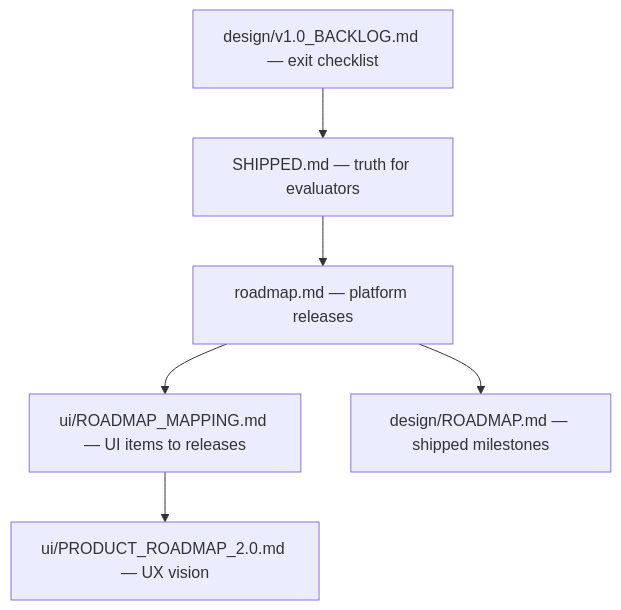
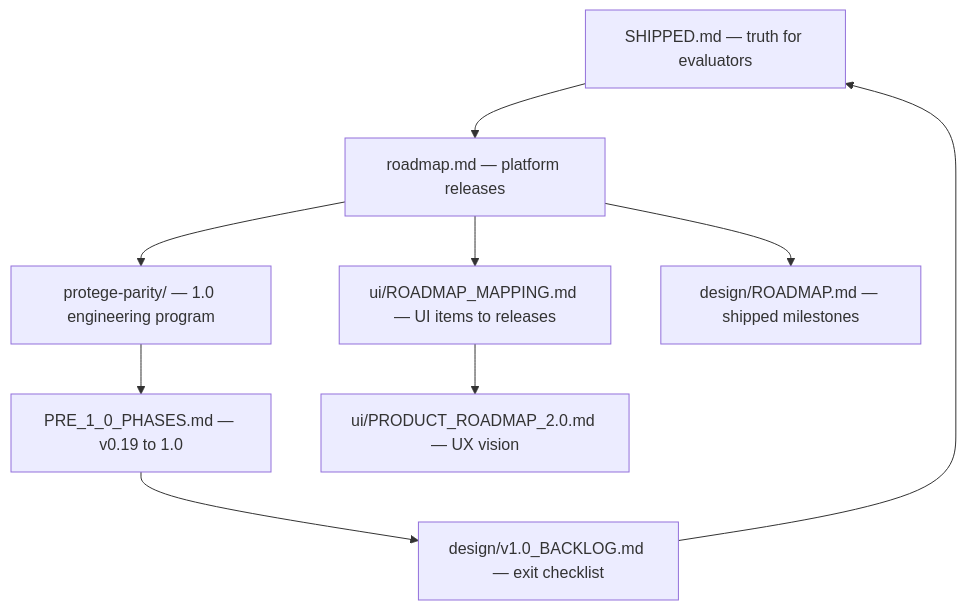
The diagram in docs/roadmap-hub.md (eddiethedean/ontocode), drawn with Mermaid before and after one commit. The commit also changed other lines of this file and 66 other files, not shown here.

First line of the commit message:
Add pre-1.0 Protégé parity release phases (v0.19–v0.25).

````diff
--- a/docs/roadmap-hub.md
+++ b/docs/roadmap-hub.md
@@ -23,15 +24,20 @@
 ```mermaid
 flowchart TB
   SHIPPED[SHIPPED.md — truth for evaluators]
   Platform[roadmap.md — platform releases]
+  Parity[protege-parity/ — 1.0 engineering program]
+  Pre10[PRE_1_0_PHASES.md — v0.19 to 1.0]
   UIMap[ui/ROADMAP_MAPPING.md — UI items to releases]
   UIVis[ui/PRODUCT_ROADMAP_2.0.md — UX vision]
   DesignM[design/ROADMAP.md — shipped milestones]
   Backlog[design/v1.0_BACKLOG.md — exit checklist]
 
   SHIPPED --> Platform
+  Platform --> Parity
+  Parity --> Pre10
   Platform --> UIMap
   UIMap --> UIVis
   Platform --> DesignM
+  Pre10 --> Backlog
   Backlog --> SHIPPED
 ```
````
